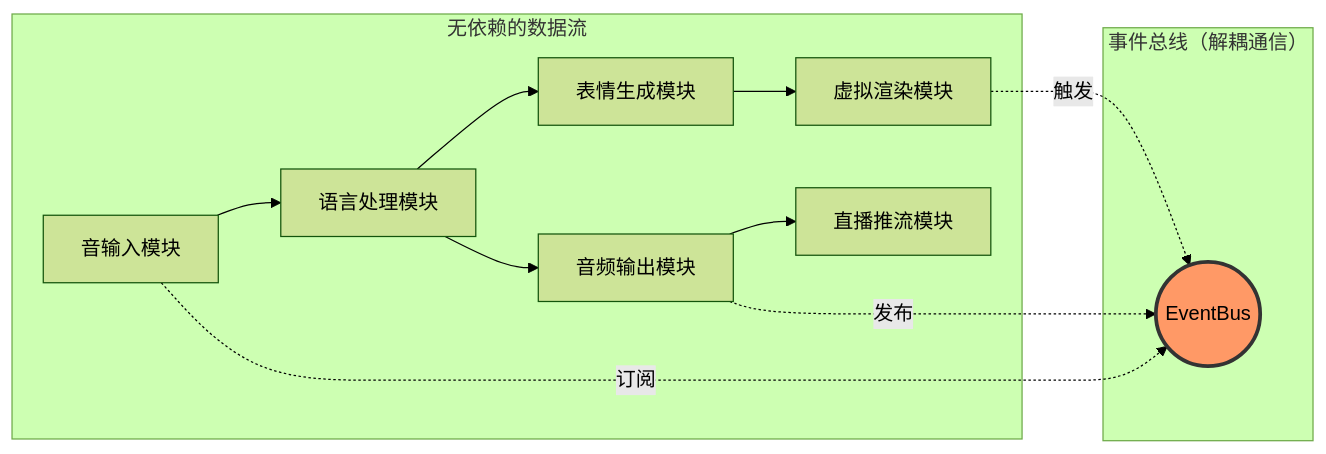
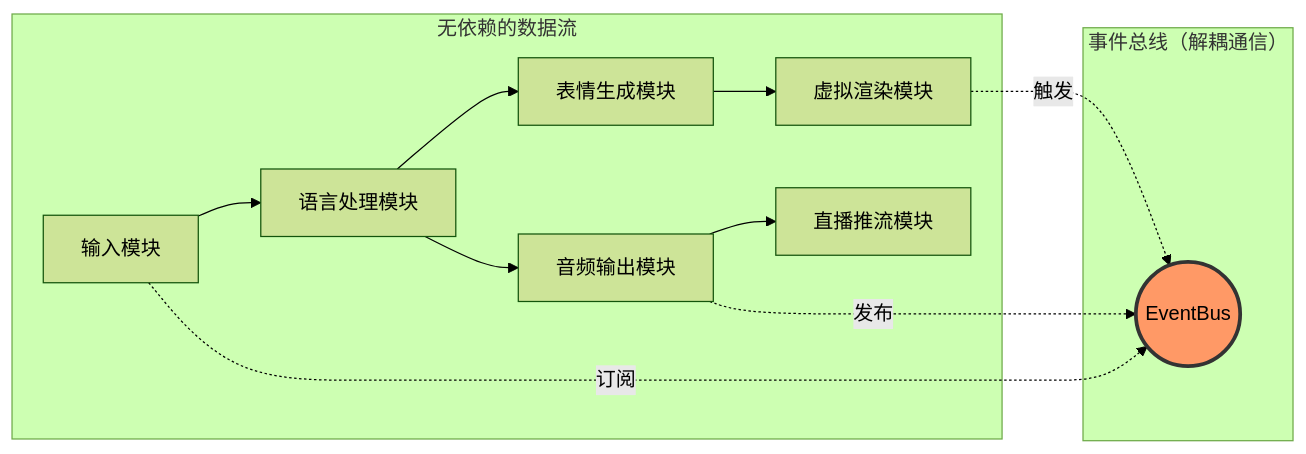
Before and after one commit to Mai-with-u/Amaidesu: the second of 5 diagrams in refactor.md, drawn with Mermaid (forest theme). The commit also changed other lines of this file, not shown here.

````diff
--- a/refactor.md
+++ b/refactor.md
@@ -260,19 +291,19 @@
 ```mermaid
 graph LR
     subgraph "无依赖的数据流"
-        Input[音输入模块] --> STX[语言处理模块]
+        Input[输入模块] --> STX[语言处理模块]
         STX --> Expr[表情生成模块]
         Expr --> Render[虚拟渲染模块]
         STX --> TTS[音频输出模块]
         TTS --> Stream[直播推流模块]
     end
 
     subgraph "事件总线（解耦通信）"
         EventBus((EventBus))
         Input -.订阅.-> EventBus
         Render -.触发.-> EventBus
         TTS -.发布.-> EventBus
     end
 
     style EventBus fill:#f96,stroke:#333,stroke-width:3px
 ```
````
